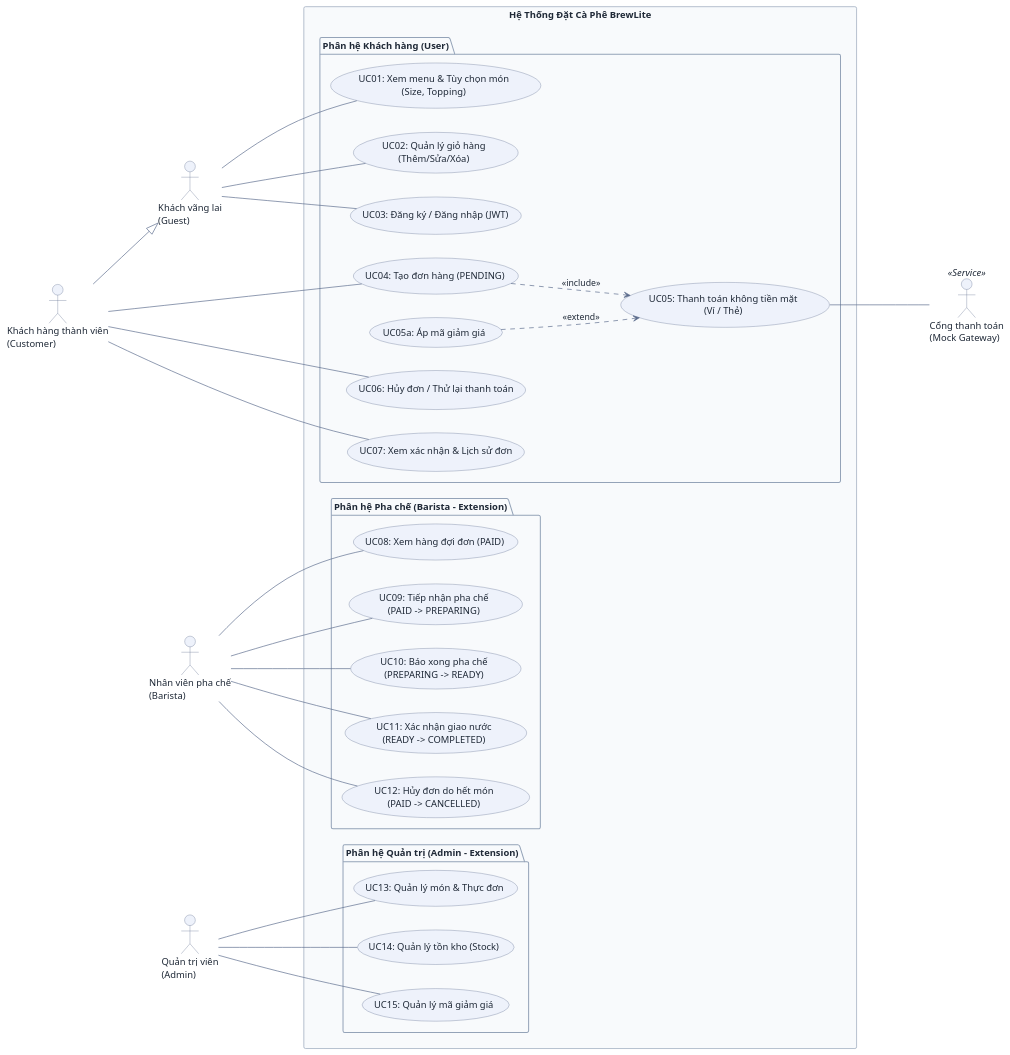
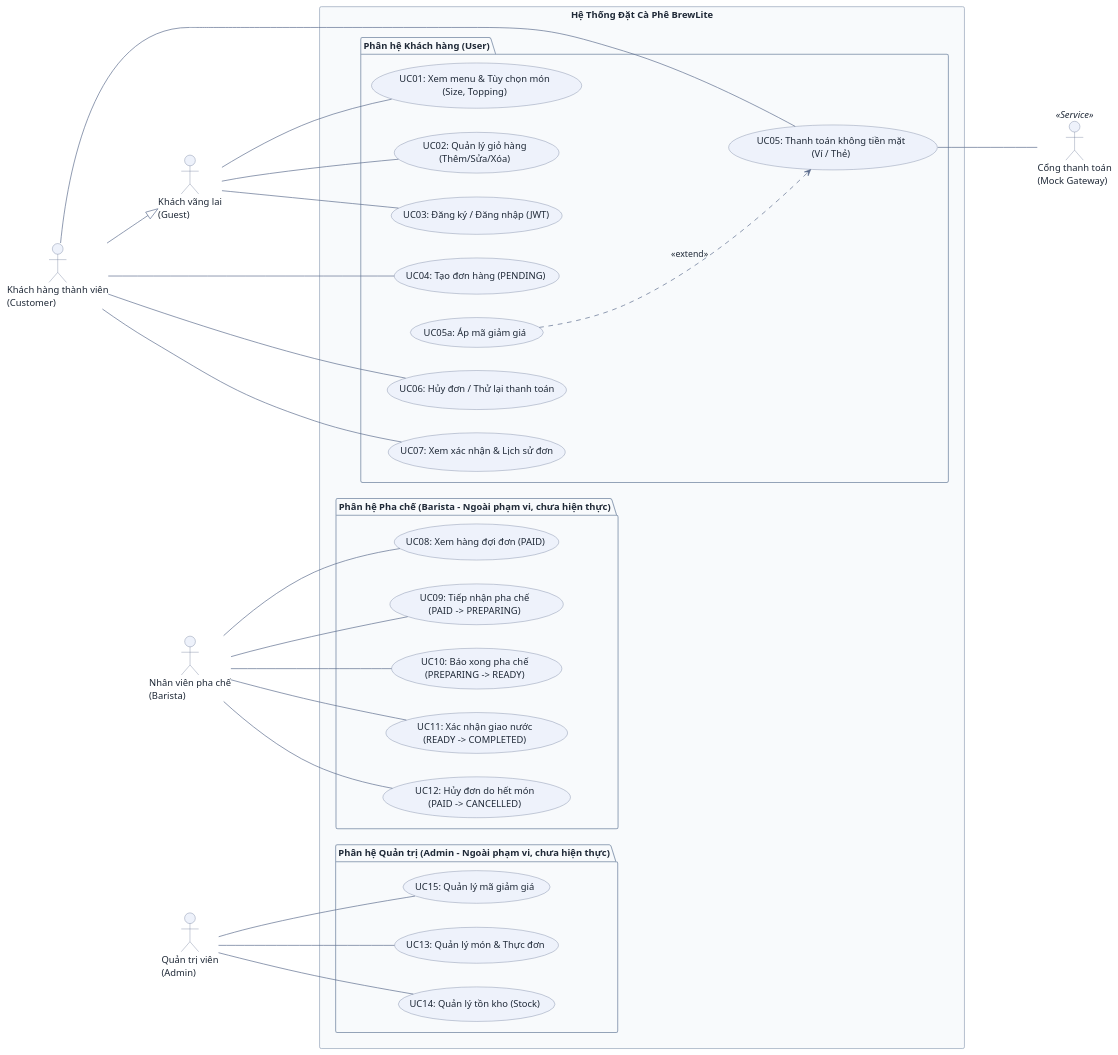
One commit to DuVinhLoi/BrewLite changed the first of 2 diagrams in docs/use-case-specifications.md. Above: the diagram before and after it, drawn with PlantUML. The commit also changed other lines of this file and 2 other files, not shown here.

First line of the commit message:
docs: sync use case + sequence specs and status report with code

```diff
--- a/docs/use-case-specifications.md
+++ b/docs/use-case-specifications.md
@@ -69,7 +71,7 @@
   }
 
   ' --- PHÂN HỆ PHA CHẾ (ORDER STATE MACHINE) ---
-  package "Phân hệ Pha chế (Barista - Extension)" {
+  package "Phân hệ Pha chế (Barista - Ngoài phạm vi, chưa hiện thực)" {
     usecase "UC08: Xem hàng đợi đơn (PAID)" as UC_Queue
     usecase "UC09: Tiếp nhận pha chế\n(PAID -> PREPARING)" as UC_Brew
     usecase "UC10: Báo xong pha chế\n(PREPARING -> READY)" as UC_Ready
@@ -78,7 +80,7 @@
   }
 
   ' --- PHÂN HỆ QUẢN TRỊ (BACKEND DATA) ---
-  package "Phân hệ Quản trị (Admin - Extension)" {
+  package "Phân hệ Quản trị (Admin - Ngoài phạm vi, chưa hiện thực)" {
     usecase "UC13: Quản lý món & Thực đơn" as UC_ManageMenu
     usecase "UC14: Quản lý tồn kho (Stock)" as UC_ManageStock
     usecase "UC15: Quản lý mã giảm giá" as UC_ManageVoucher
@@ -101,11 +103,11 @@
 
 ' --- KHÁCH HÀNG (CUSTOMER) ---
 Customer --- UC_Order
+Customer --- UC_Pay
 Customer --- UC_CancelUser
 Customer --- UC_History
 
 ' Quan hệ Checkout
-UC_Order ..> UC_Pay : <<include>>
 UC_Voucher ..> UC_Pay : <<extend>>
 
 ' --- CỔNG THANH TOÁN (GATEWAY) ---
```
